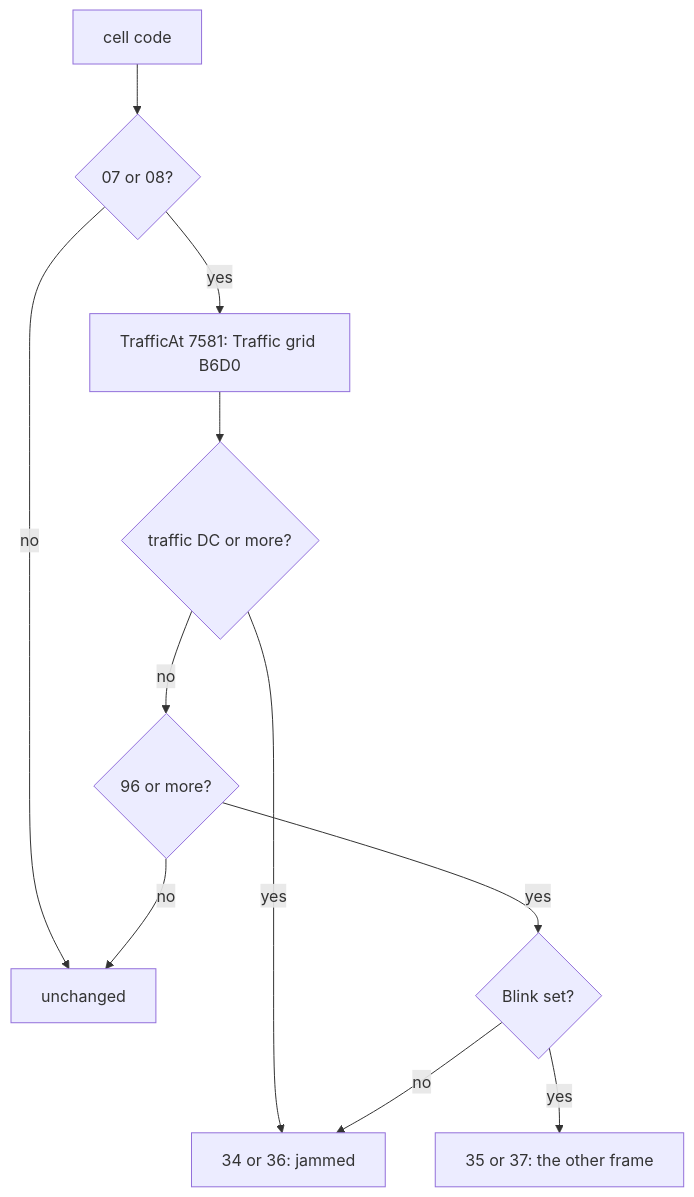
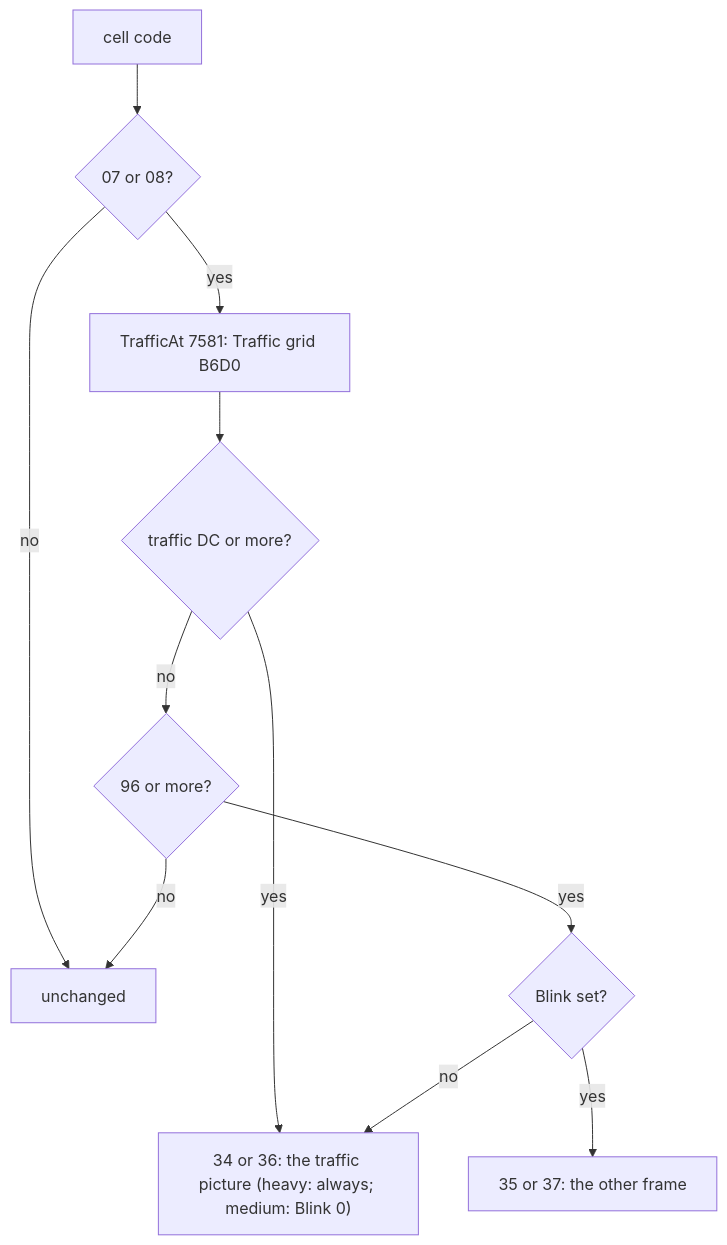
One commit to alfishe/unrealng-reverse-cases changed the seventh of 13 diagrams in games/simcity/docs/06-rendering.md. Above: the diagram before and after it, drawn with Mermaid. The commit also changed other lines of this file and 32 other files, not shown here.

````diff
--- a/games/simcity/docs/06-rendering.md
+++ b/games/simcity/docs/06-rendering.md
@@ -754,13 +757,13 @@
 ```mermaid
 flowchart TD
     C["cell code"] --> R{"07 or 08?"}
     R -- "no" --> K["unchanged"]
     R -- "yes" --> T["TrafficAt 7581: Traffic grid B6D0"]
     T --> H{"traffic DC or more?"}
-    H -- "yes" --> J["34 or 36: jammed"]
+    H -- "yes" --> J["34 or 36: the traffic picture (heavy: always; medium: Blink 0)"]
     H -- "no" --> M{"96 or more?"}
     M -- "no" --> K
     M -- "yes" --> B{"Blink set?"}
     B -- "no" --> J
     B -- "yes" --> J2["35 or 37: the other frame"]
 ```
````
